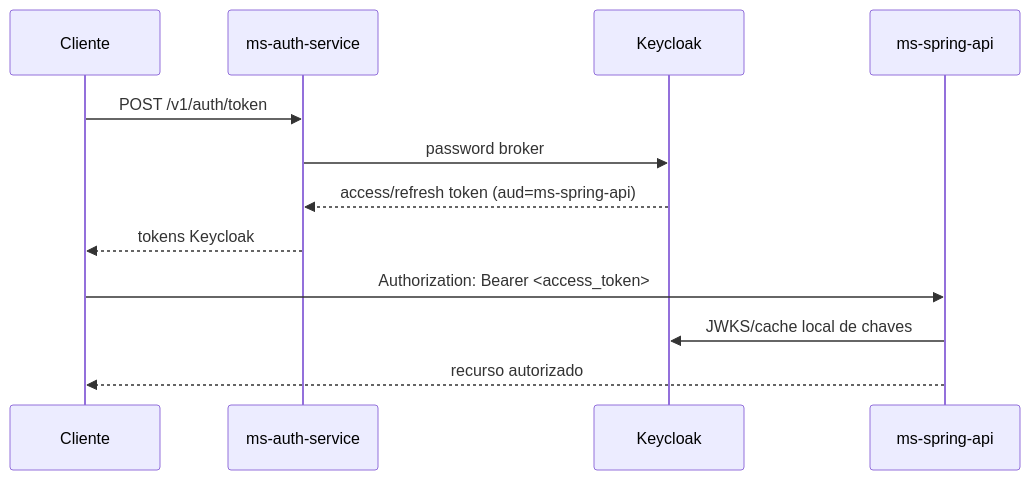
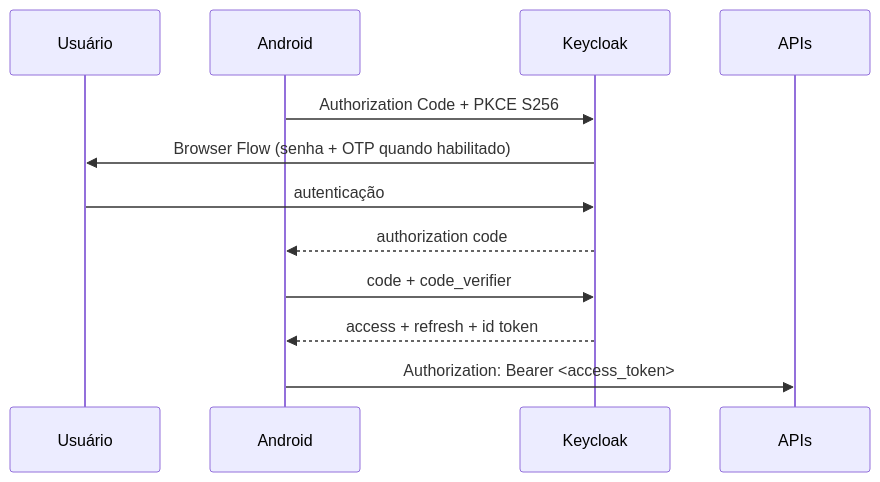
The diagram in docs/apis/index.md (Ouros-App/ouros-docs), drawn with Mermaid before and after one commit. The commit also changed other lines of this file and 24 other files, not shown here.

````diff
--- a/docs/apis/index.md
+++ b/docs/apis/index.md
@@ -28,15 +28,15 @@
 ```mermaid
 sequenceDiagram
-    participant C as Cliente
-    participant A as ms-auth-service
+    participant U as Usuário
+    participant M as Android
     participant K as Keycloak
-    participant S as ms-spring-api
+    participant S as APIs
 
-    C->>A: POST /v1/auth/token
-    A->>K: password broker
-    K-->>A: access/refresh token (aud=ms-spring-api)
-    A-->>C: tokens Keycloak
-    C->>S: Authorization: Bearer <access_token>
-    S->>K: JWKS/cache local de chaves
-    S-->>C: recurso autorizado
+    M->>K: Authorization Code + PKCE S256
+    K->>U: Browser Flow (senha + OTP quando habilitado)
+    U->>K: autenticação
+    K-->>M: authorization code
+    M->>K: code + code_verifier
+    K-->>M: access + refresh + id token
+    M->>S: Authorization: Bearer <access_token>
 ```
````
